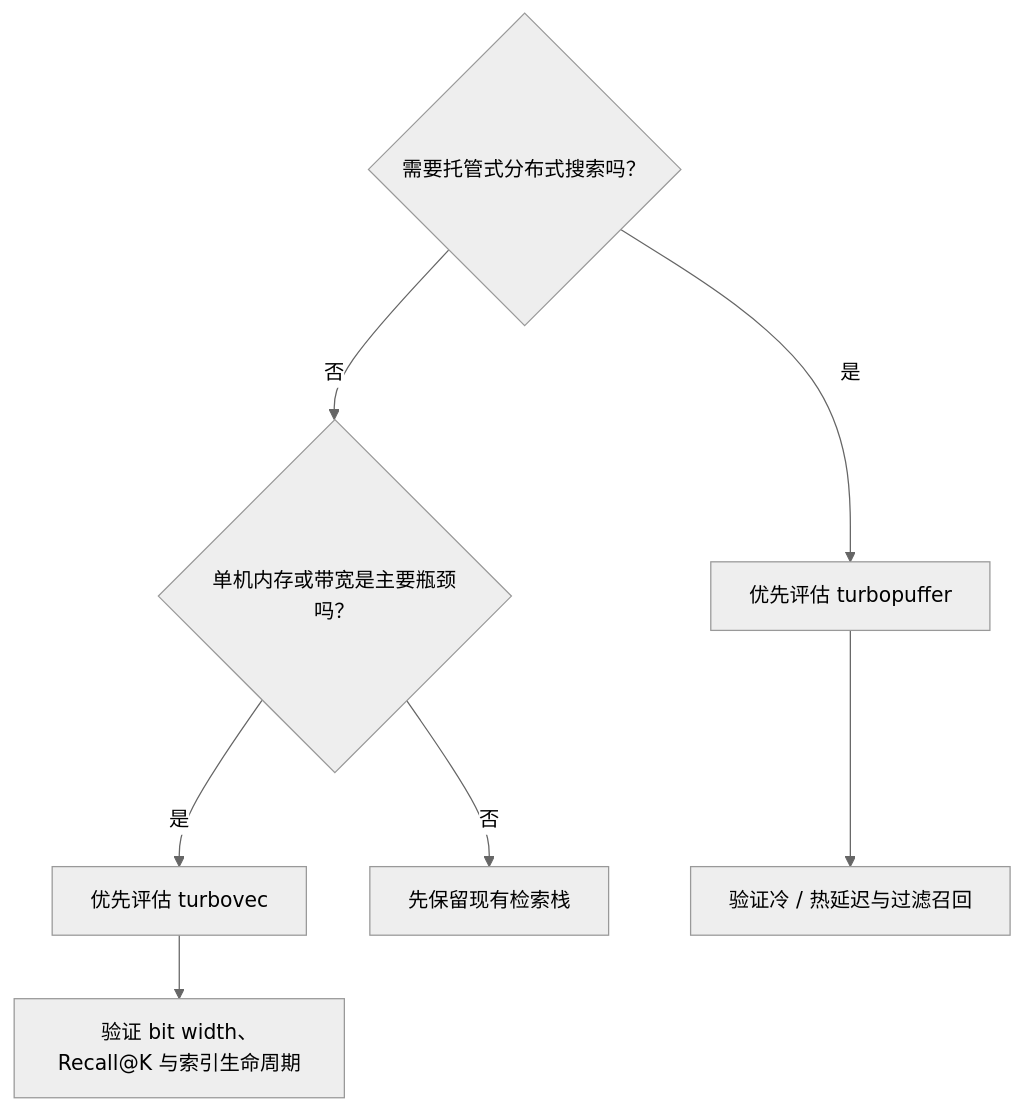
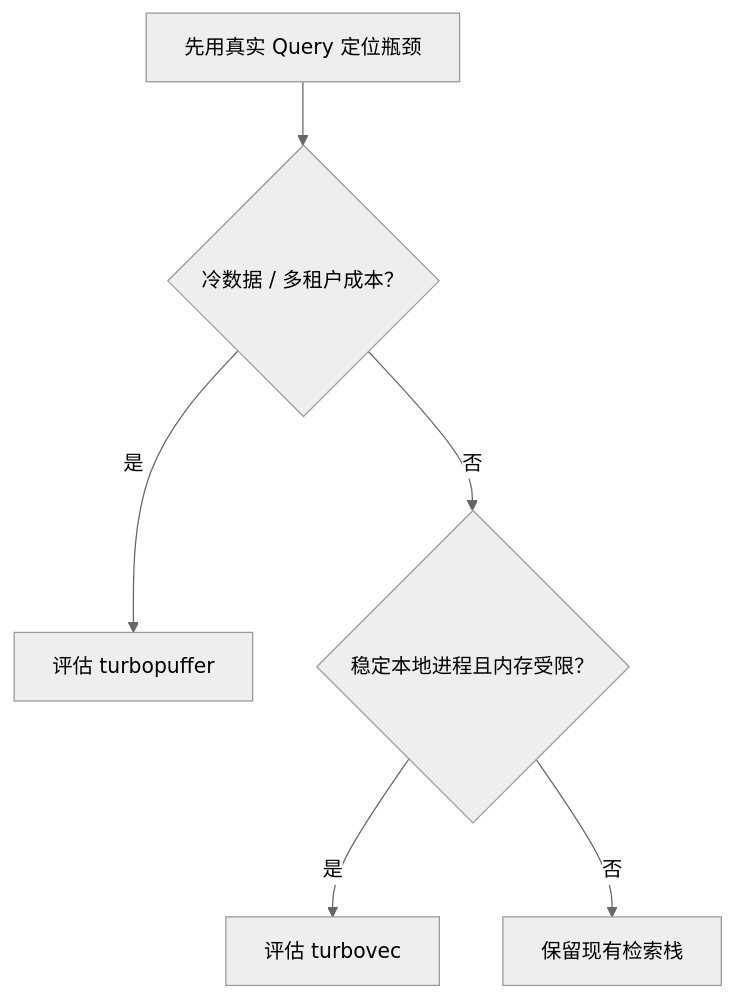
The fourth of 4 diagrams in content/posts/260726/index.md (littlewwwhite/littlewwwhite.github.io), drawn with Mermaid (neutral theme) before and after one commit. The commit also changed other lines of this file and 2 other files, not shown here.

Commit message:
rewrite turbopuffer and turbovec article

````diff
--- a/content/posts/260726/index.md
+++ b/content/posts/260726/index.md
@@ -301,9 +124,8 @@
 ```mermaid
 flowchart TB
-    A{"需要托管式分布式搜索吗？"} -->|是| P["优先评估 turbopuffer"]
-    A -->|否| B{"单机内存或带宽是主要瓶颈吗？"}
-    B -->|是| V["优先评估 turbovec"]
-    B -->|否| E["先保留现有检索栈"]
-    P --> PC["验证冷 / 热延迟与过滤召回"]
-    V --> VC["验证 bit width、Recall@K 与索引生命周期"]
+    A["先用真实 Query 定位瓶颈"] --> B{"冷数据 / 多租户成本？"}
+    B -->|是| P["评估 turbopuffer"]
+    B -->|否| C{"稳定本地进程且内存受限？"}
+    C -->|是| V["评估 turbovec"]
+    C -->|否| K["保留现有检索栈"]
 ```
````
